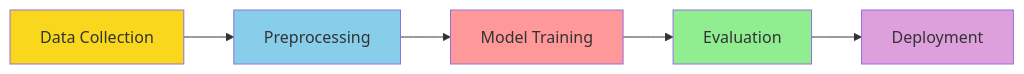
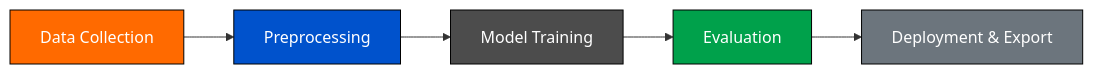
One commit to fahiiim/Advanced-SMS-SPAM-Classification-STI-Client-Project changed the fourth of 5 diagrams in README.md. Above: the diagram before and after it, drawn with Mermaid. The commit also changed other lines of this file, not shown here.

````diff
--- a/README.md
+++ b/README.md
@@ -96,13 +107,13 @@
 ```mermaid
 graph LR
     A[Data Collection] --> B[Preprocessing]
     B --> C[Model Training]
     C --> D[Evaluation]
-    D --> E[Deployment]
+    D --> E[Deployment & Export]
     
-    style A fill:#f9d71c
-    style B fill:#87ceeb
-    style C fill:#ff9999
-    style D fill:#90ee90
-    style E fill:#dda0dd
+    style A fill:#FF6A00,stroke:#000000,color:#ffffff
+    style B fill:#0052CC,stroke:#000000,color:#ffffff
+    style C fill:#4C4C4C,stroke:#000000,color:#ffffff
+    style D fill:#00A14B,stroke:#000000,color:#ffffff
+    style E fill:#6C757D,stroke:#000000,color:#ffffff
 ```
````
